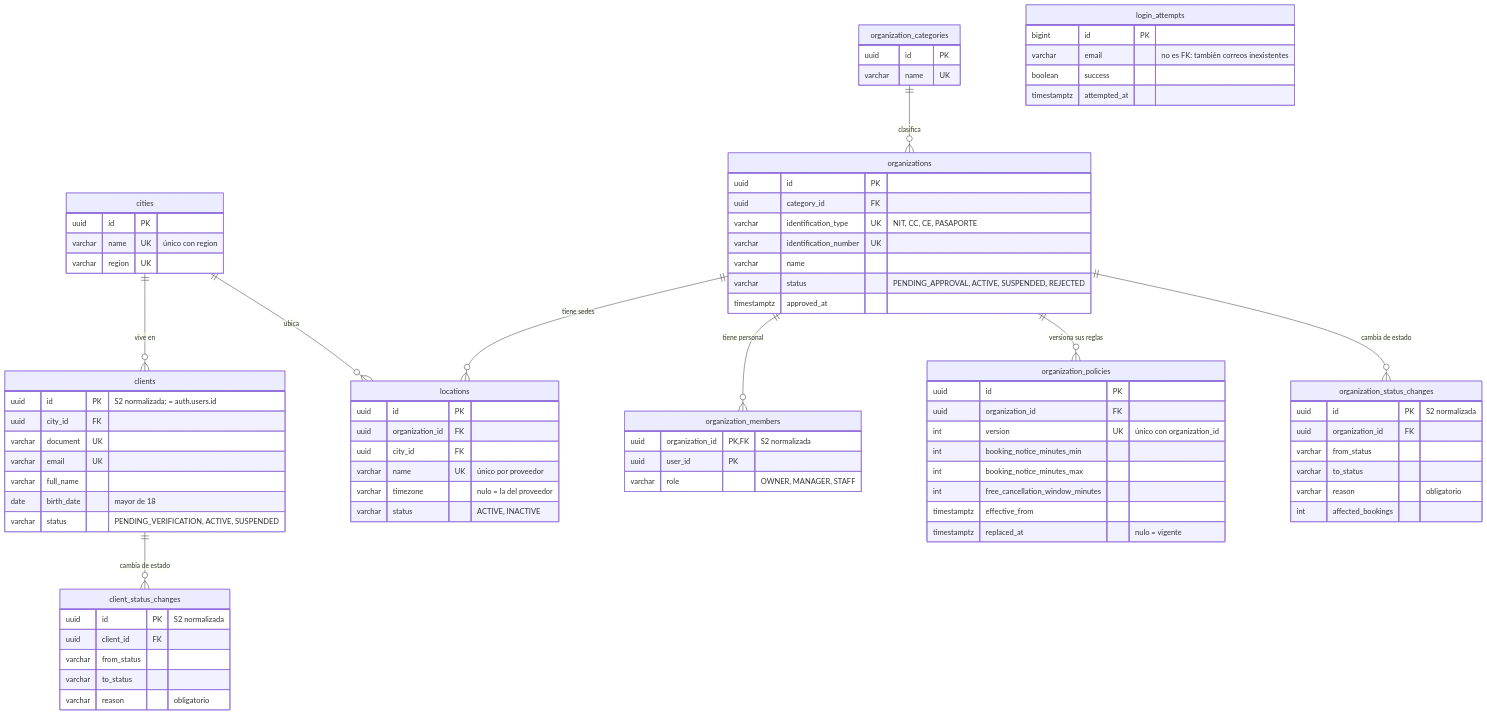
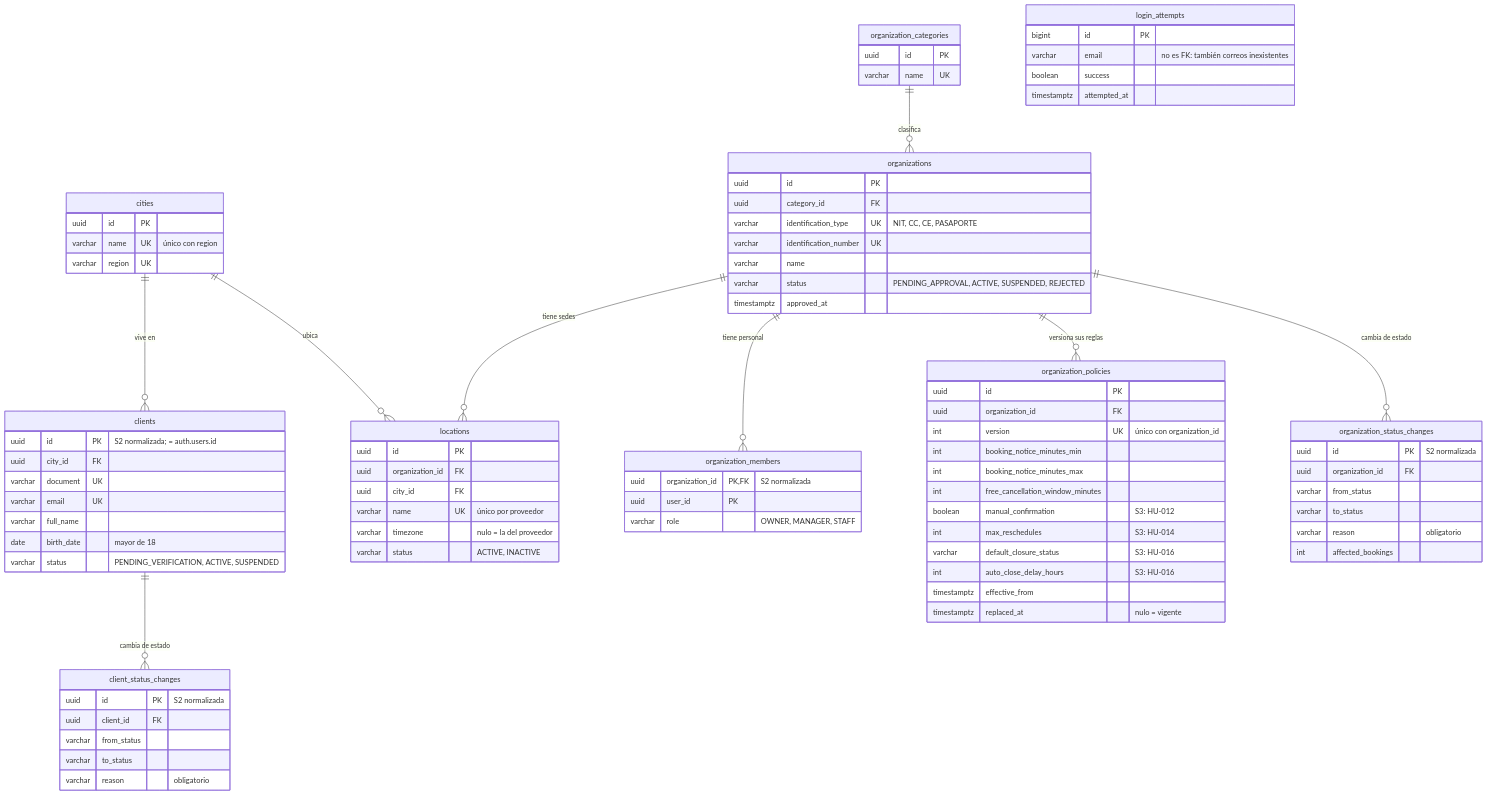
Before and after one commit to andersonhg19/bookingplatform-BDs: the second of 4 diagrams in README.md, drawn with Mermaid. The commit also changed other lines of this file and 1 other file, not shown here.

```diff
--- a/README.md
+++ b/README.md
@@ -210,6 +227,10 @@
         int booking_notice_minutes_min
         int booking_notice_minutes_max
         int free_cancellation_window_minutes
+        boolean manual_confirmation "S3: HU-012"
+        int max_reschedules "S3: HU-014"
+        varchar default_closure_status "S3: HU-016"
+        int auto_close_delay_hours "S3: HU-016"
         timestamptz effective_from
         timestamptz replaced_at "nulo = vigente"
     }
```
